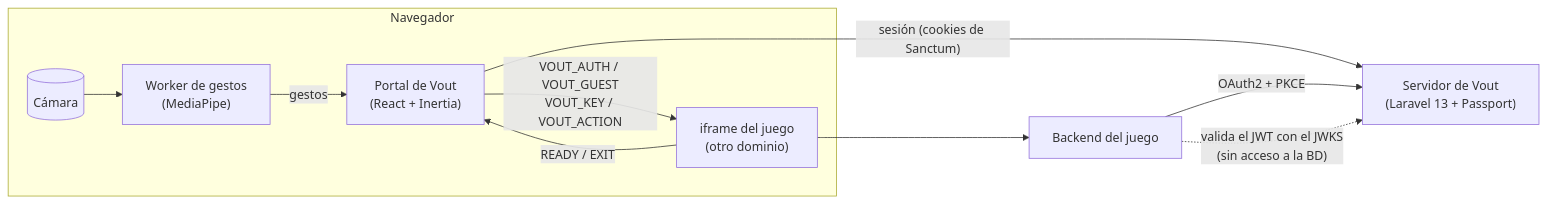
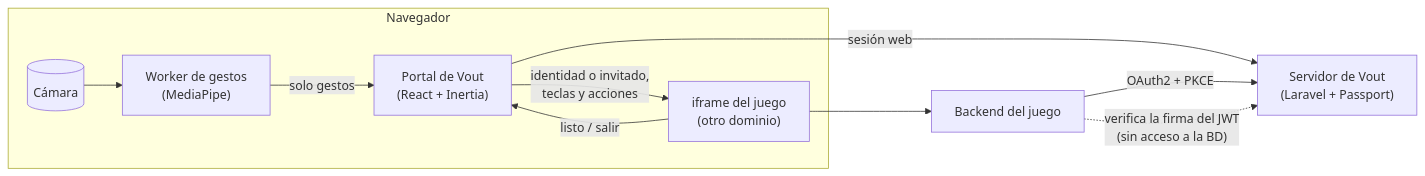
One commit to OliverMp28/vout changed the diagram in README.es.md. Above: the diagram before and after it, drawn with Mermaid. The commit also changed other lines of this file and 4 other files, not shown here.

Commit message:
docs: README mas completo y seguro con capturas del portal; test del invitado independiente del idioma (fallaba en CI en ingles)

````diff
--- a/README.es.md
+++ b/README.es.md
@@ -59,18 +95,18 @@
 ```mermaid
 flowchart LR
     subgraph Navegador
         Portal["Portal de Vout<br/>(React + Inertia)"]
         Worker["Worker de gestos<br/>(MediaPipe)"]
         Game["iframe del juego<br/>(otro dominio)"]
         Camera[(Cámara)]
         Camera --> Worker
-        Worker -- "gestos" --> Portal
-        Portal -- "VOUT_AUTH / VOUT_GUEST<br/>VOUT_KEY / VOUT_ACTION" --> Game
-        Game -- "READY / EXIT" --> Portal
+        Worker -- "solo gestos" --> Portal
+        Portal -- "identidad o invitado,<br/>teclas y acciones" --> Game
+        Game -- "listo / salir" --> Portal
     end
 
-    Portal -- "sesión (cookies de Sanctum)" --> Vout["Servidor de Vout<br/>(Laravel 13 + Passport)"]
+    Portal -- "sesión web" --> Vout["Servidor de Vout<br/>(Laravel + Passport)"]
     GameServer["Backend del juego"] -- "OAuth2 + PKCE" --> Vout
-    GameServer -. "valida el JWT con el JWKS<br/>(sin acceso a la BD)" .-> Vout
+    GameServer -. "verifica la firma del JWT<br/>(sin acceso a la BD)" .-> Vout
     Game --> GameServer
 ```
````
